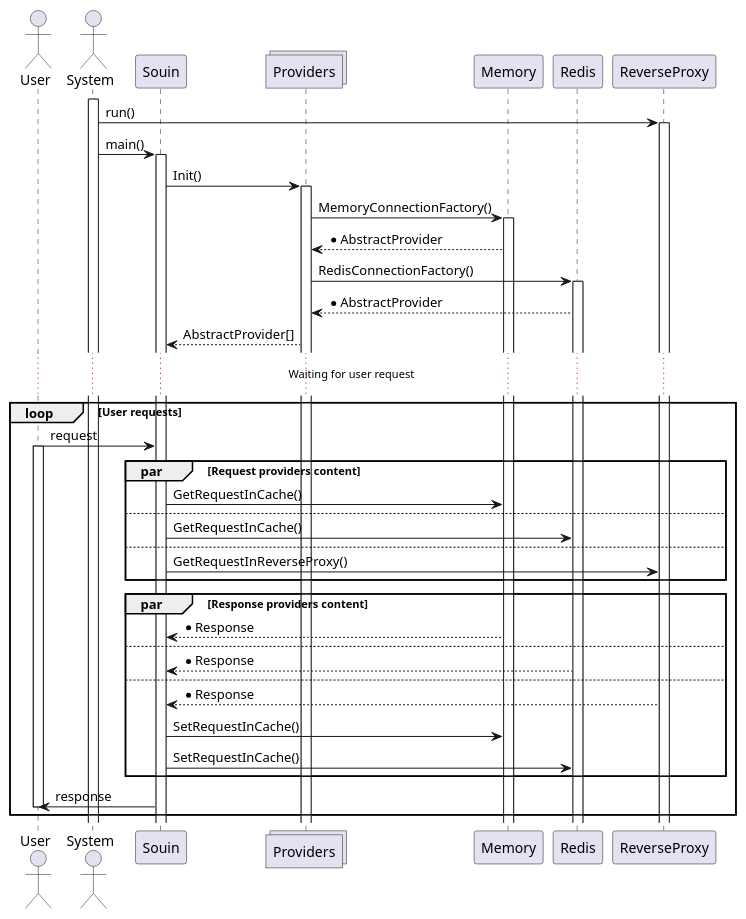
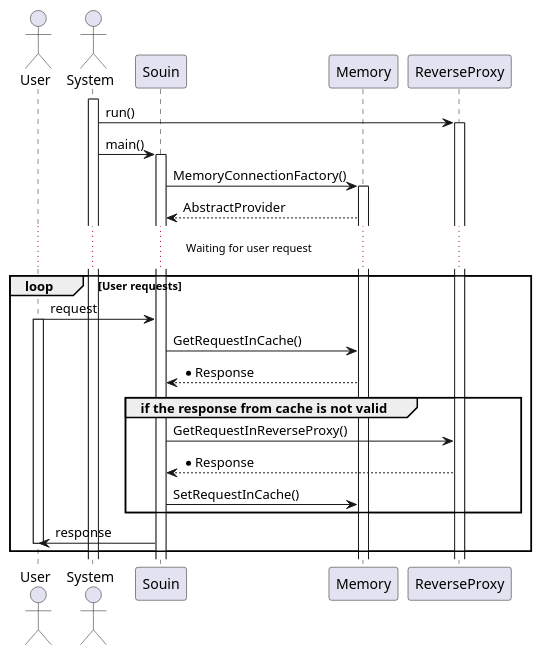
Before and after one commit to darkweak/souin: the diagram in docs/plantUML/sequenceDiagram.puml, drawn with PlantUML. The commit also changed 51 other files, not shown here.

```diff
--- a/docs/plantUML/sequenceDiagram.puml
+++ b/docs/plantUML/sequenceDiagram.puml
@@ -1,42 +1,26 @@
 @startuml
 actor User
 actor System
 activate System
 participant Souin
-collections Providers
 participant Memory
-participant Redis
 participant ReverseProxy
 System -> ReverseProxy ++ : run()
 System -> Souin ++ : main()
-Souin -> Providers : Init()
-activate Providers
-Providers -> Memory ++ : MemoryConnectionFactory()
-Providers <-- Memory : *AbstractProvider
-Providers -> Redis ++ : RedisConnectionFactory()
-Providers <-- Redis : *AbstractProvider
-Souin <-- Providers : AbstractProvider[]
+Souin -> Memory ++ : MemoryConnectionFactory()
+Souin <-- Memory : AbstractProvider
 ... Waiting for user request ...
 loop User requests
   User -> Souin : request
   activate User
-  par Request providers content
-    Souin -> Memory: GetRequestInCache()
-  else
-    Souin -> Redis: GetRequestInCache()
-  else
+  Souin -> Memory: GetRequestInCache()
+  Souin <-- Memory: *Response
+  group if the response from cache is not valid
     Souin -> ReverseProxy: GetRequestInReverseProxy()
-  end
-  par Response providers content
-    Souin <-- Memory: *Response
-  else
-    Souin <-- Redis: *Response
-  else
     Souin <-- ReverseProxy: *Response
     Souin -> Memory: SetRequestInCache()
-    Souin -> Redis: SetRequestInCache()
   end
 Souin -> User : response
 deactivate User
 end
 @enduml
```
